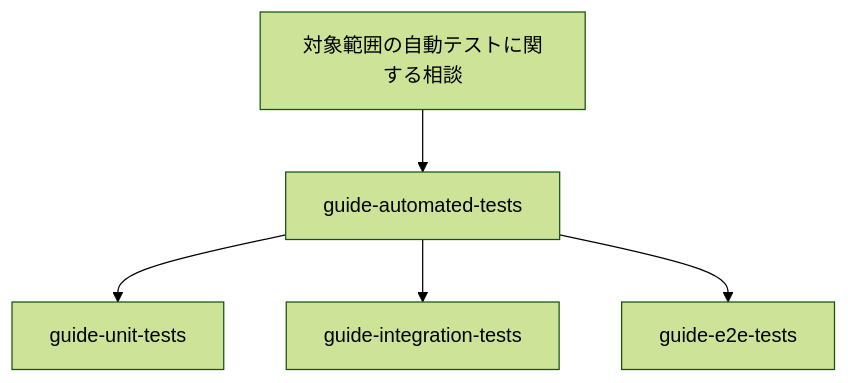
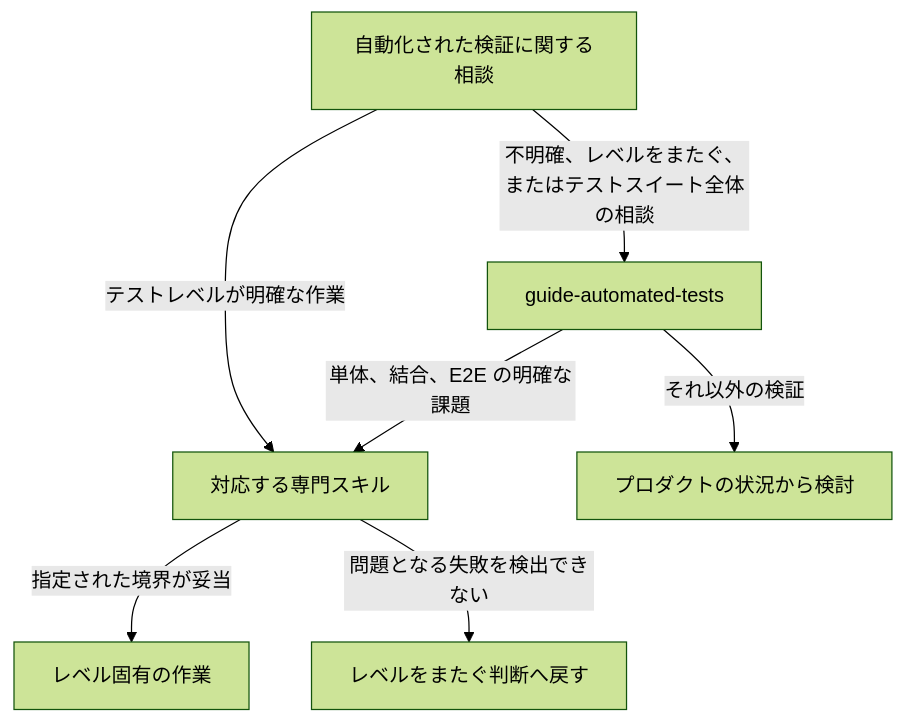
Before and after one commit to zawa-kyo/skills: the diagram in dev/guide-automated-tests/maintenance-ja/architecture.md, drawn with Mermaid (forest theme). The commit also changed other lines of this file and 30 other files, not shown here.

````diff
--- a/dev/guide-automated-tests/maintenance-ja/architecture.md
+++ b/dev/guide-automated-tests/maintenance-ja/architecture.md
@@ -32,7 +31,10 @@
 ```mermaid
 flowchart TD
-    request[対象範囲の自動テストに関する相談] --> automated[guide-automated-tests]
-    automated --> unit[guide-unit-tests]
-    automated --> integration[guide-integration-tests]
-    automated --> e2e[guide-e2e-tests]
+    request[自動化された検証に関する相談]
+    request -->|不明確、レベルをまたぐ、またはテストスイート全体の相談| automated[guide-automated-tests]
+    request -->|テストレベルが明確な作業| specialist[対応する専門スキル]
+    automated -->|単体、結合、E2E の明確な課題| specialist
+    automated -->|それ以外の検証| direct[プロダクトの状況から検討]
+    specialist -->|指定された境界が妥当| work[レベル固有の作業]
+    specialist -->|問題となる失敗を検出できない| reconsider[レベルをまたぐ判断へ戻す]
 ```
````
